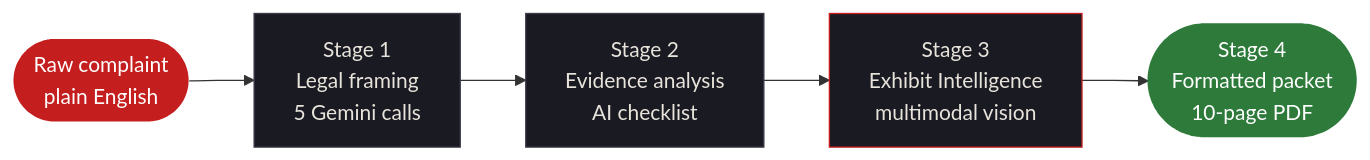
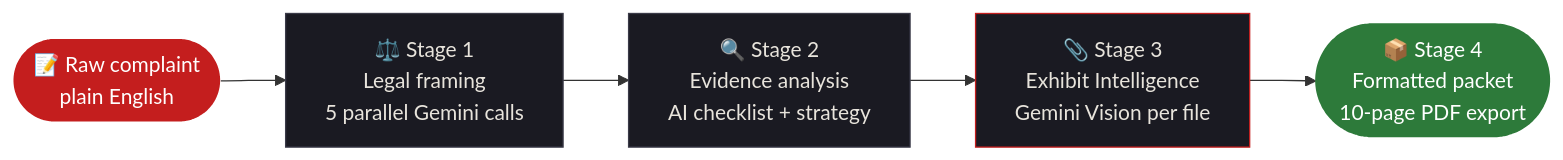
Before and after one commit to Iceman-Dann/Evidence-Locker: the second of 12 diagrams in README.md, drawn with Mermaid. The commit also changed other lines of this file, not shown here.

````diff
--- a/README.md
+++ b/README.md
@@ -61,13 +72,13 @@
 ```mermaid
 flowchart LR
-    A(["Raw complaint\nplain English"]) --> B["Stage 1\nLegal framing\n5 Gemini calls"]
-    B --> C["Stage 2\nEvidence analysis\nAI checklist"]
-    C --> D["Stage 3\nExhibit Intelligence\nmultimodal vision"]
-    D --> E(["Stage 4\nFormatted packet\n10-page PDF"])
+    A(["📝 Raw complaint\nplain English"]) --> B["⚖️ Stage 1\nLegal framing\n5 parallel Gemini calls"]
+    B --> C["🔍 Stage 2\nEvidence analysis\nAI checklist + strategy"]
+    C --> D["📎 Stage 3\nExhibit Intelligence\nGemini Vision per file"]
+    D --> E(["📦 Stage 4\nFormatted packet\n10-page PDF export"])
 
     style A fill:#C41E1E,color:#fff,stroke:none
     style E fill:#2D7A3A,color:#fff,stroke:none
     style B fill:#1A1A22,color:#E8E4DC,stroke:#3A3A48
     style C fill:#1A1A22,color:#E8E4DC,stroke:#3A3A48
     style D fill:#1A1A22,color:#E8E4DC,stroke:#C41E1E
 ```
````
